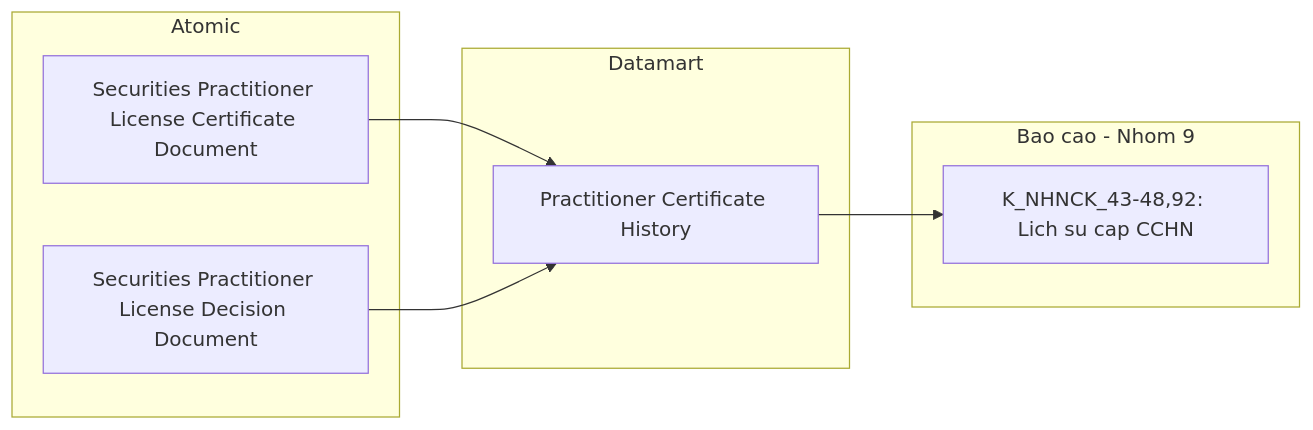
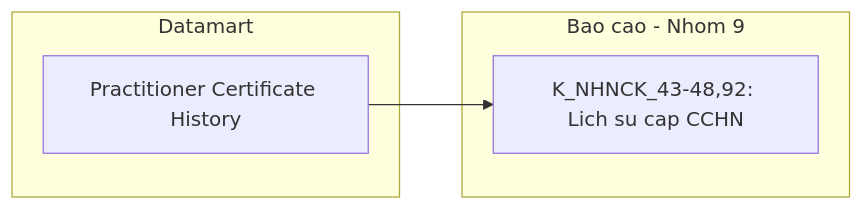
Diagram 31 of 40 in Datamart/hld/DTM_NHNCK_HLD.md (linhlvit/ubck_atomic_design), drawn with Mermaid before and after one commit. The commit also changed other lines of this file and 35 other files, not shown here.

````diff
--- a/Datamart/hld/DTM_NHNCK_HLD.md
+++ b/Datamart/hld/DTM_NHNCK_HLD.md
@@ -1298,16 +1268,10 @@
 ```mermaid
 flowchart LR
-    subgraph SIL["Atomic"]
-        SV1["Securities Practitioner License Certificate Document"]
-        SV2["Securities Practitioner License Decision Document"]
-    end
     subgraph Datamart["Datamart"]
         G1["Practitioner Certificate History"]
     end
     subgraph RPT["Bao cao - Nhom 9"]
         R1["K_NHNCK_43-48,92: Lich su cap CCHN"]
     end
-    SV1 --> G1
-    SV2 --> G1
     G1 --> R1
 ```
````
